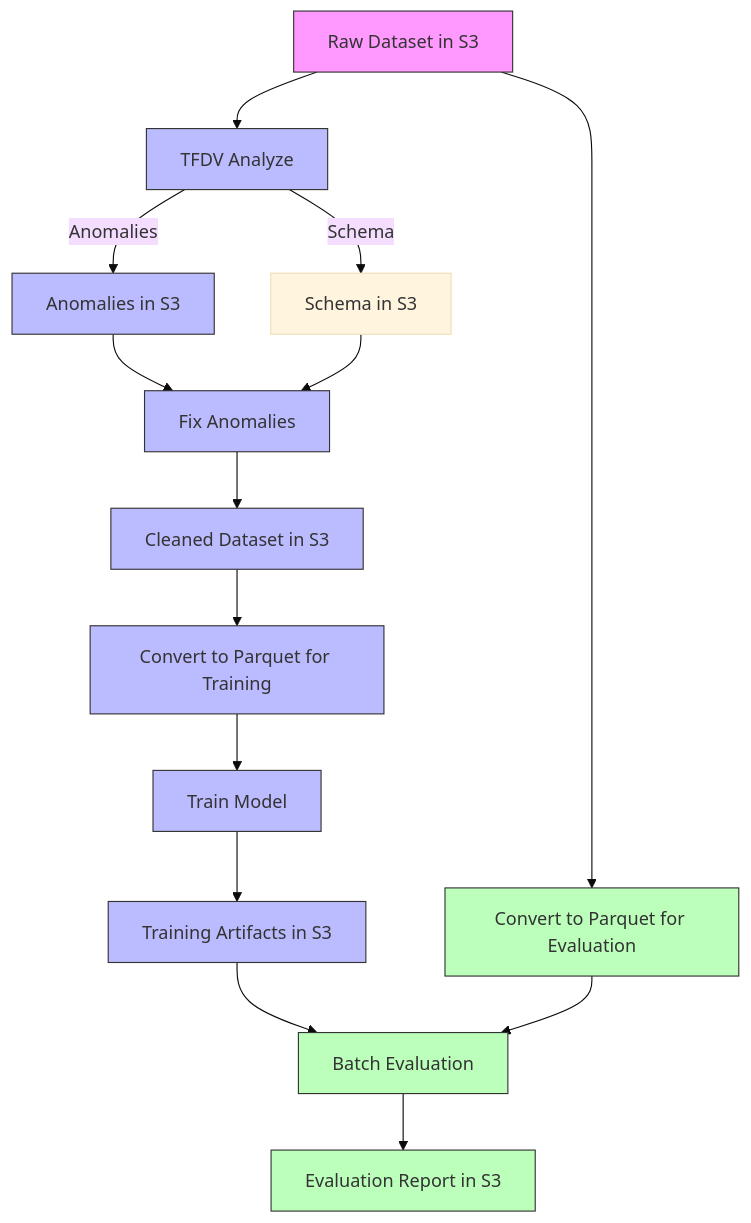
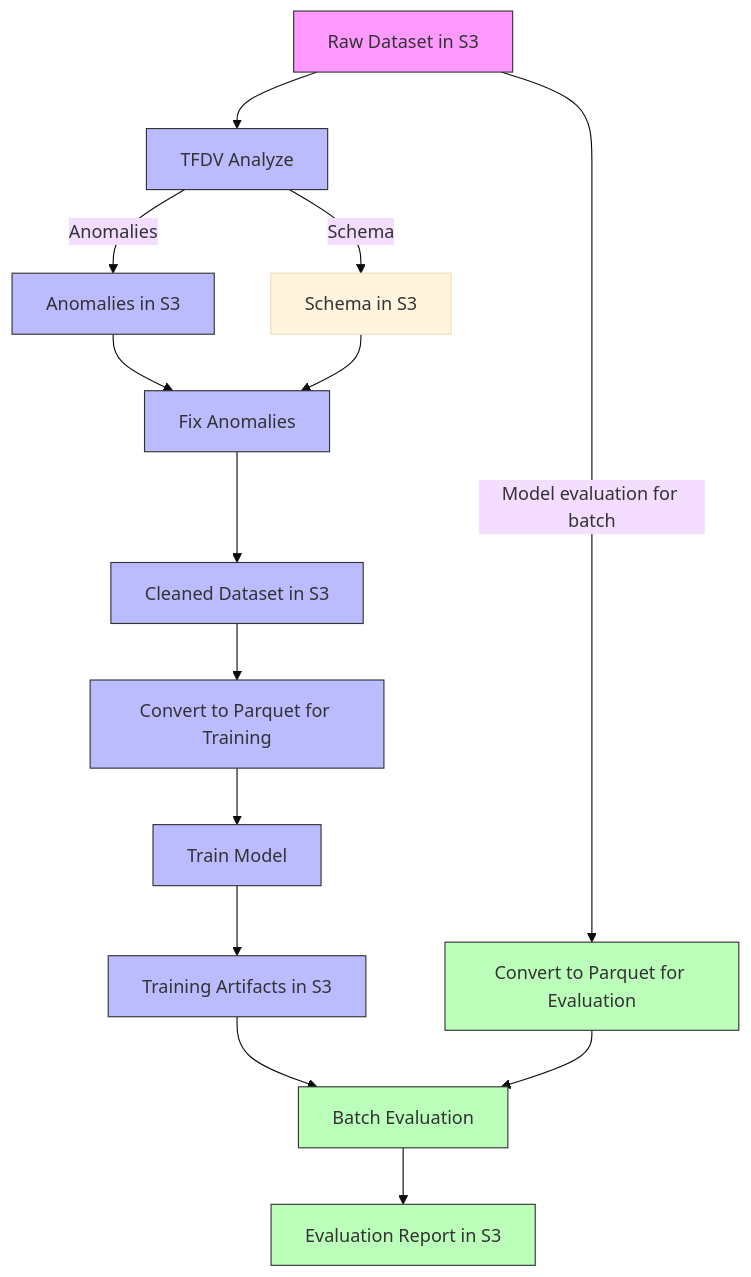
Before and after one commit to shrimanwar92/AI-ML: the diagram in training/cc-recommendation/README.md, drawn with Mermaid (base theme).

````diff
--- a/training/cc-recommendation/README.md
+++ b/training/cc-recommendation/README.md
@@ -49,34 +49,34 @@
 ```mermaid
 flowchart TD
     %% Training path
     A[Raw Dataset in S3] --> B[TFDV Analyze]
     B -->|Schema| S[Schema in S3]
     B -->|Anomalies| C[Anomalies in S3]
     C --> D[Fix Anomalies]
     S --> D
     D --> E[Cleaned Dataset in S3]
     E --> F[Convert to Parquet for Training]
     F --> G[Train Model]
     G --> H[Training Artifacts in S3]
     
     %% Evaluation path
-    A --> R[Convert to Parquet for Evaluation]
+    A -->|Model evaluation for batch| R[Convert to Parquet for Evaluation]
     H --> J[Batch Evaluation]
     R --> J
     J --> K[Evaluation Report in S3]
 
     %% Styling
     style A fill:#f9f,stroke:#333,stroke-width:1px
     style B fill:#bbf,stroke:#333,stroke-width:1px
     style C fill:#bbf,stroke:#333,stroke-width:1px
     style D fill:#bbf,stroke:#333,stroke-width:1px
     style E fill:#bbf,stroke:#333,stroke-width:1px
     style F fill:#bbf,stroke:#333,stroke-width:1px
     style G fill:#bbf,stroke:#333,stroke-width:1px
     style H fill:#bbf,stroke:#333,stroke-width:1px
 
     style R fill:#bfb,stroke:#333,stroke-width:1px
     style J fill:#bfb,stroke:#333,stroke-width:1px
     style K fill:#bfb,stroke:#333,stroke-width:1px
 
 ```
````
